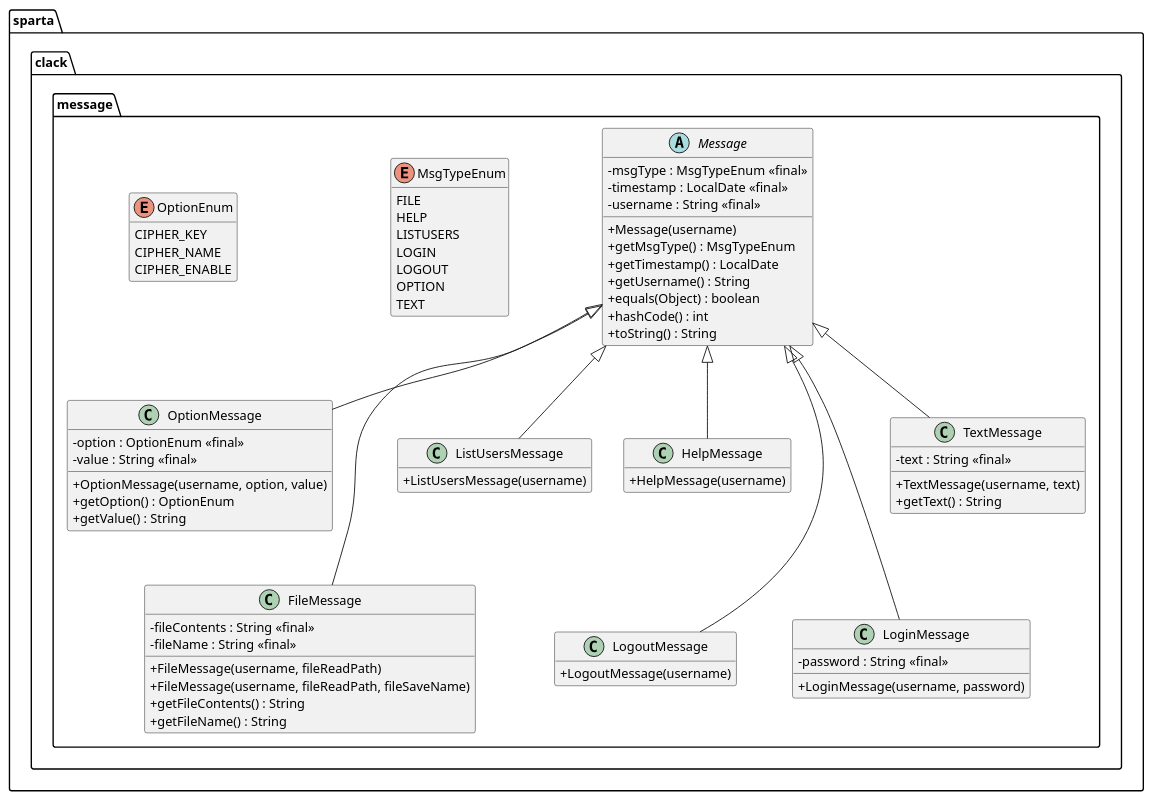
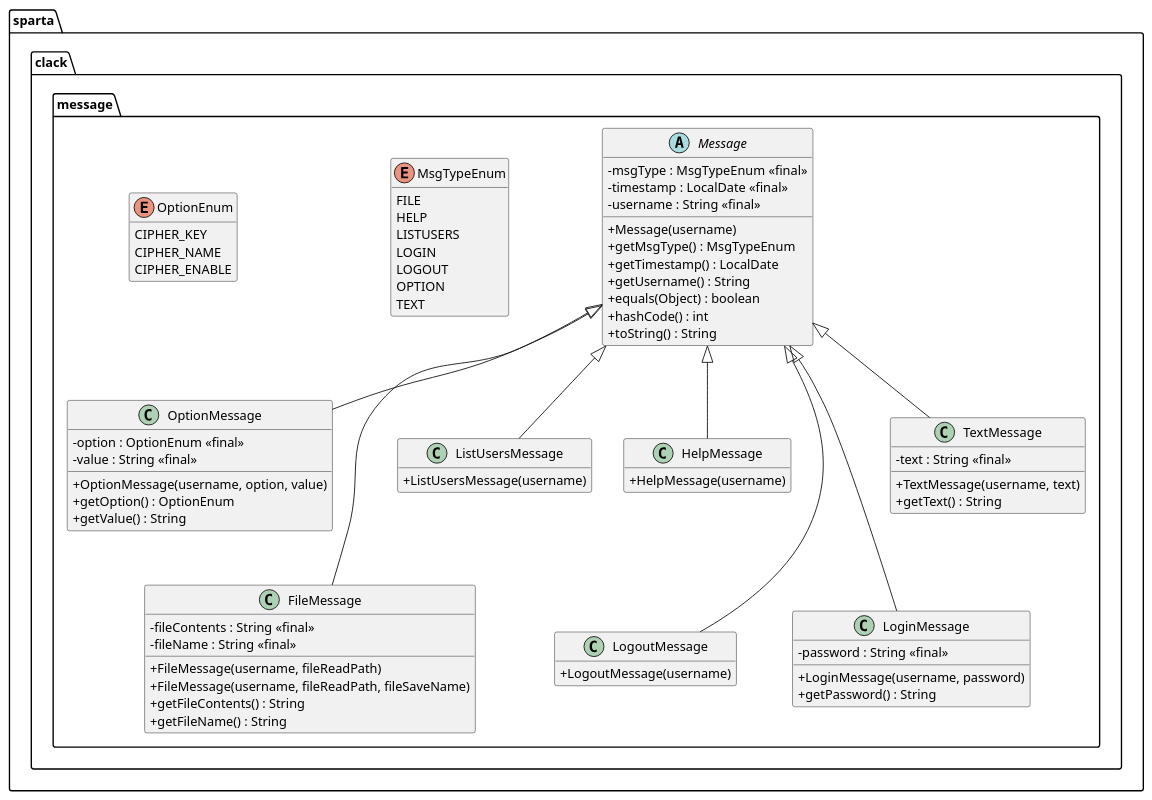
One commit to servusdei2018/clack changed the diagram in design/message_design.puml. Above: the diagram before and after it, drawn with PlantUML. The commit also changed 4 other files, not shown here.

```diff
--- a/design/message_design.puml
+++ b/design/message_design.puml
@@ -1,88 +1,89 @@
 @startuml
 skinparam classAttributeIconSize 0
 hide empty members
 
 package sparta.clack.message{
     Message <|-- OptionMessage
     Message <|-- FileMessage
     Message <|-- ListUsersMessage
     Message <|-- HelpMessage
     Message <|-- LogoutMessage
     Message <|-- LoginMessage
     Message <|-- TextMessage
 
     OptionMessage --[hidden] FileMessage
     ListUsersMessage --[hidden] LogoutMessage
     TextMessage --[hidden] LoginMessage
 
     enum MsgTypeEnum {
         FILE
         HELP
         LISTUSERS
         LOGIN
         LOGOUT
         OPTION
         TEXT
     }
 
     enum OptionEnum {
         CIPHER_KEY
         CIPHER_NAME
         CIPHER_ENABLE
     }
 
     abstract class Message {
         - msgType : MsgTypeEnum <<final>>
         - timestamp : LocalDate <<final>>
         - username : String <<final>>
         + Message(username)
         + getMsgType() : MsgTypeEnum
         + getTimestamp() : LocalDate
         + getUsername() : String
         + equals(Object) : boolean
         + hashCode() : int
         + toString() : String
     }
 
     class OptionMessage {
         - option : OptionEnum <<final>>
         - value : String <<final>>
         + OptionMessage(username, option, value)
         + getOption() : OptionEnum
         + getValue() : String
     }
 
     class FileMessage {
         - fileContents : String <<final>>
         - fileName : String <<final>>
         + FileMessage(username, fileReadPath)
         + FileMessage(username, fileReadPath, fileSaveName)
         + getFileContents() : String
         + getFileName() : String
     }
 
     class HelpMessage {
     + HelpMessage(username)
     }
 
     class ListUsersMessage {
         + ListUsersMessage(username)
     }
 
     class LoginMessage {
         - password : String <<final>>
         + LoginMessage(username, password)
+        + getPassword() : String
     }
 
     class LogoutMessage {
         + LogoutMessage(username)
     }
 
     class TextMessage {
         - text : String <<final>>
         + TextMessage(username, text)
         + getText() : String
     }
 }
 
 @enduml
```
